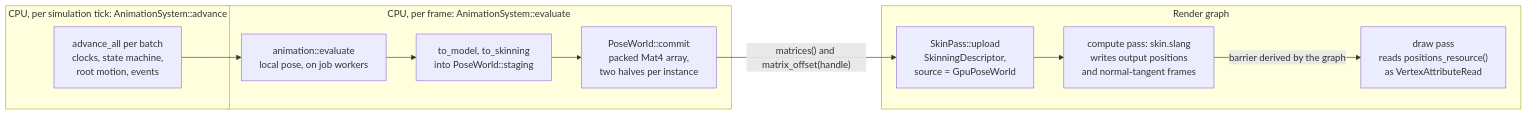
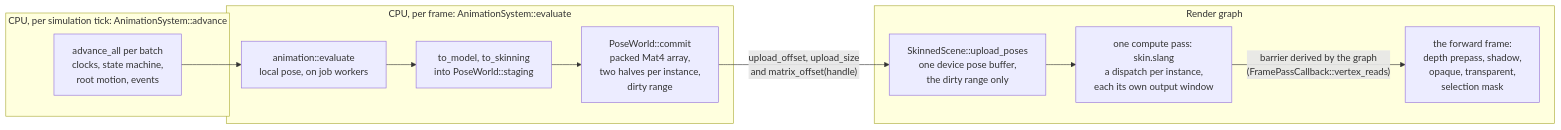
One commit to CyberdyneCorp/CyberdyneEngine changed the second of 2 diagrams in docs/guides/animation.md. Above: the diagram before and after it, drawn with Mermaid. The commit also changed other lines of this file and 17 other files, not shown here.

First line of the commit message:
Document the skinned forward frame and the Swift animation API

````diff
--- a/docs/guides/animation.md
+++ b/docs/guides/animation.md
@@ -554,16 +579,16 @@
 ```mermaid
 flowchart LR
     subgraph tick["CPU, per simulation tick: AnimationSystem::advance"]
         advance["advance_all per batch<br/>clocks, state machine,<br/>root motion, events"]
     end
     subgraph cpu["CPU, per frame: AnimationSystem::evaluate"]
         evaluate["animation::evaluate<br/>local pose, on job workers"] --> publish["to_model, to_skinning<br/>into PoseWorld::staging"]
-        publish --> world["PoseWorld::commit<br/>packed Mat4 array,<br/>two halves per instance"]
+        publish --> world["PoseWorld::commit<br/>packed Mat4 array,<br/>two halves per instance,<br/>dirty range"]
     end
     advance --> evaluate
-    world -->|"matrices() and matrix_offset(handle)"| upload["SkinPass::upload<br/>SkinningDescriptor,<br/>source = GpuPoseWorld"]
+    world -->|"upload_offset, upload_size<br/>and matrix_offset(handle)"| upload["SkinnedScene::upload_poses<br/>one device pose buffer,<br/>the dirty range only"]
     subgraph gpu["Render graph"]
-        upload --> dispatch["compute pass: skin.slang<br/>writes output positions<br/>and normal-tangent frames"]
-        dispatch -->|"barrier derived by the graph"| draw["draw pass<br/>reads positions_resource()<br/>as VertexAttributeRead"]
+        upload --> dispatch["one compute pass: skin.slang<br/>a dispatch per instance,<br/>each its own output window"]
+        dispatch -->|"barrier derived by the graph<br/>(FramePassCallback::vertex_reads)"| draw["the forward frame:<br/>depth prepass, shadow,<br/>opaque, transparent,<br/>selection mask"]
     end
 ```
````
